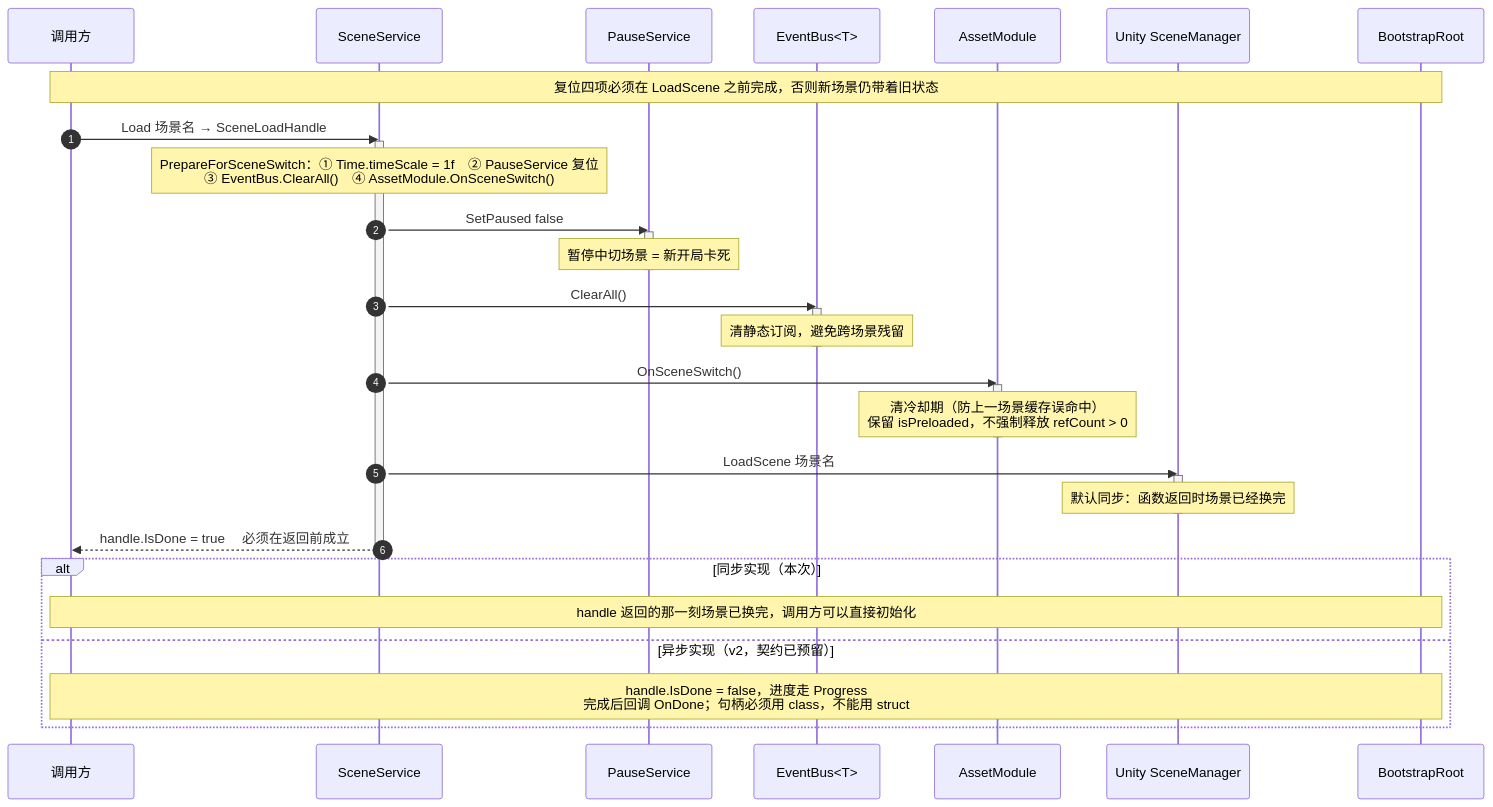
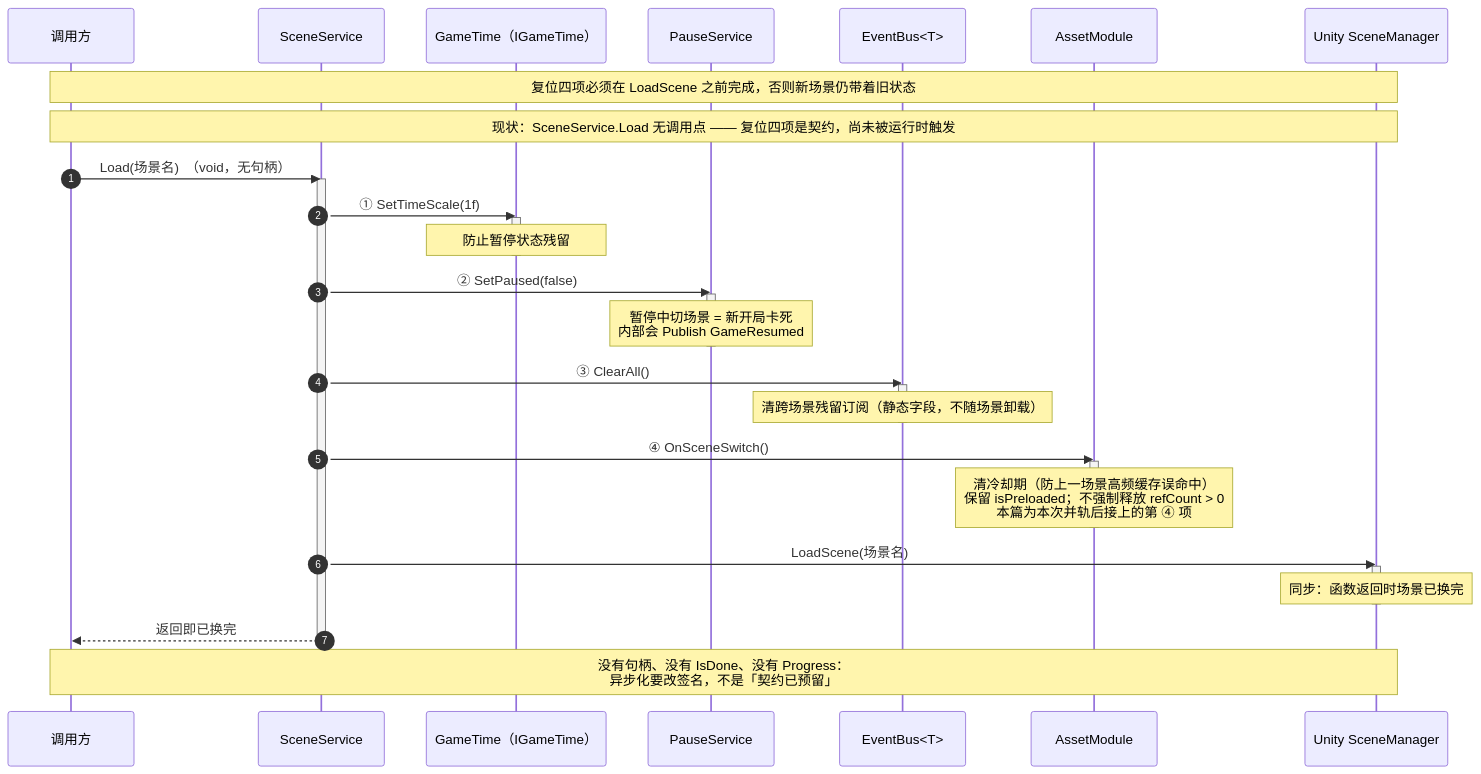
Before and after one commit to 5FYZhou/deepseaoil: the sixth of 8 diagrams in Docs/框架设计/框架蓝图.md, drawn with Mermaid. The commit also changed other lines of this file and 7 other files, not shown here.

First line of the commit message:
docs(framework): 蓝图并入上游逻辑层事实；新增 §15 现状 / §16 缺陷登记；图源与图块同步

````diff
--- a/Docs/框架设计/框架蓝图.md
+++ b/Docs/框架设计/框架蓝图.md
@@ -463,41 +566,41 @@
 ```mermaid
 sequenceDiagram
   autonumber
   participant Caller as 调用方
   participant Scene as SceneService
+  participant Time as GameTime（IGameTime）
   participant Pause as PauseService
   participant Bus as EventBus<T>
   participant Asset as AssetModule
   participant SM as Unity SceneManager
-  participant Root as BootstrapRoot
 
-  Note over Caller,Root: 复位四项必须在 LoadScene 之前完成，否则新场景仍带着旧状态
+  Note over Caller,SM: 复位四项必须在 LoadScene 之前完成，否则新场景仍带着旧状态
+  Note over Caller,SM: 现状：SceneService.Load 无调用点 —— 复位四项是契约，尚未被运行时触发
 
-  Caller->>Scene: Load 场景名 → SceneLoadHandle
+  Caller->>Scene: Load(场景名)　（void，无句柄）
   activate Scene
-  Note over Scene: PrepareForSceneSwitch：① Time.timeScale = 1f　② PauseService 复位<br/>③ EventBus.ClearAll()　④ AssetModule.OnSceneSwitch()
-  Scene->>Pause: SetPaused false
+  Scene->>Time: ① SetTimeScale(1f)
+  activate Time
+  Note over Time: 防止暂停状态残留
+  deactivate Time
+  Scene->>Pause: ② SetPaused(false)
   activate Pause
-  Note over Pause: 暂停中切场景 = 新开局卡死
+  Note over Pause: 暂停中切场景 = 新开局卡死<br/>内部会 Publish GameResumed
   deactivate Pause
-  Scene->>Bus: ClearAll()
+  Scene->>Bus: ③ ClearAll()
   activate Bus
-  Note over Bus: 清静态订阅，避免跨场景残留
+  Note over Bus: 清跨场景残留订阅（静态字段，不随场景卸载）
   deactivate Bus
-  Scene->>Asset: OnSceneSwitch()
+  Scene->>Asset: ④ OnSceneSwitch()
   activate Asset
-  Note over Asset: 清冷却期（防上一场景缓存误命中）<br/>保留 isPreloaded，不强制释放 refCount > 0
+  Note over Asset: 清冷却期（防上一场景高频缓存误命中）<br/>保留 isPreloaded；不强制释放 refCount > 0<br/>本篇为本次并轨后接上的第 ④ 项
   deactivate Asset
-  Scene->>SM: LoadScene 场景名
+  Scene->>SM: LoadScene(场景名)
   activate SM
-  Note over SM: 默认同步：函数返回时场景已经换完
+  Note over SM: 同步：函数返回时场景已换完
   deactivate SM
-  Scene-->>Caller: handle.IsDone = true 　必须在返回前成立
+  Scene-->>Caller: 返回即已换完
   deactivate Scene
 
-  alt 同步实现（本次）
-    Note over Caller,Root: handle 返回的那一刻场景已换完，调用方可以直接初始化
-  else 异步实现（v2，契约已预留）
-    Note over Caller,Root: handle.IsDone = false，进度走 Progress<br/>完成后回调 OnDone；句柄必须用 class，不能用 struct
-  end
+  Note over Caller,SM: 没有句柄、没有 IsDone、没有 Progress：<br/>异步化要改签名，不是「契约已预留」
 ```
````
